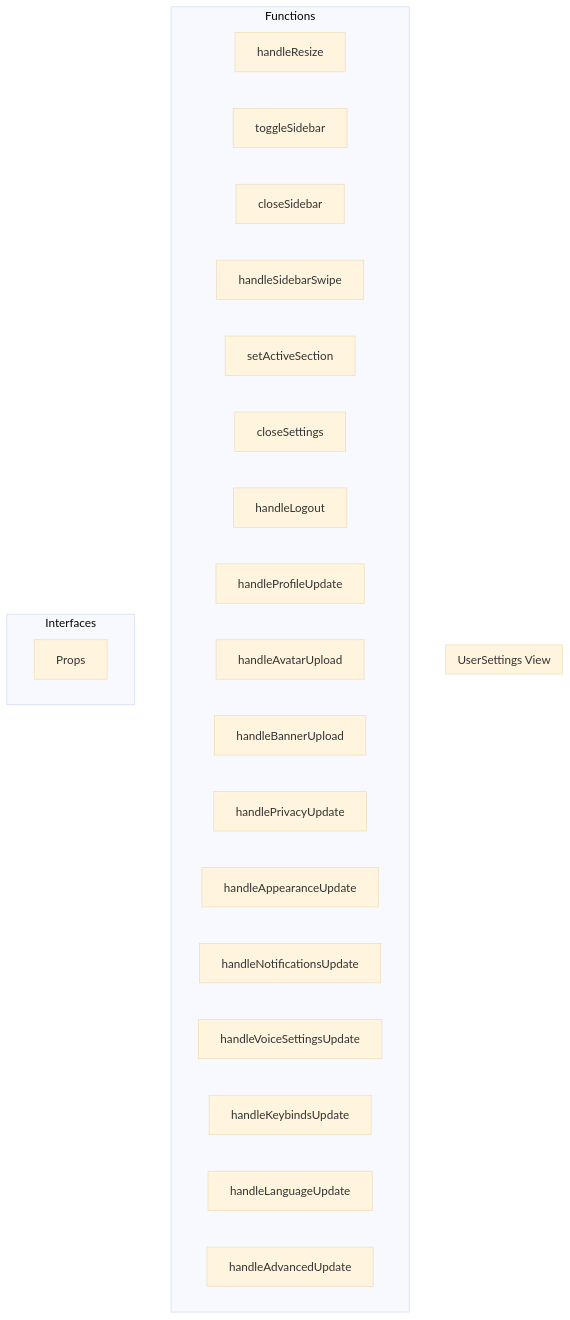
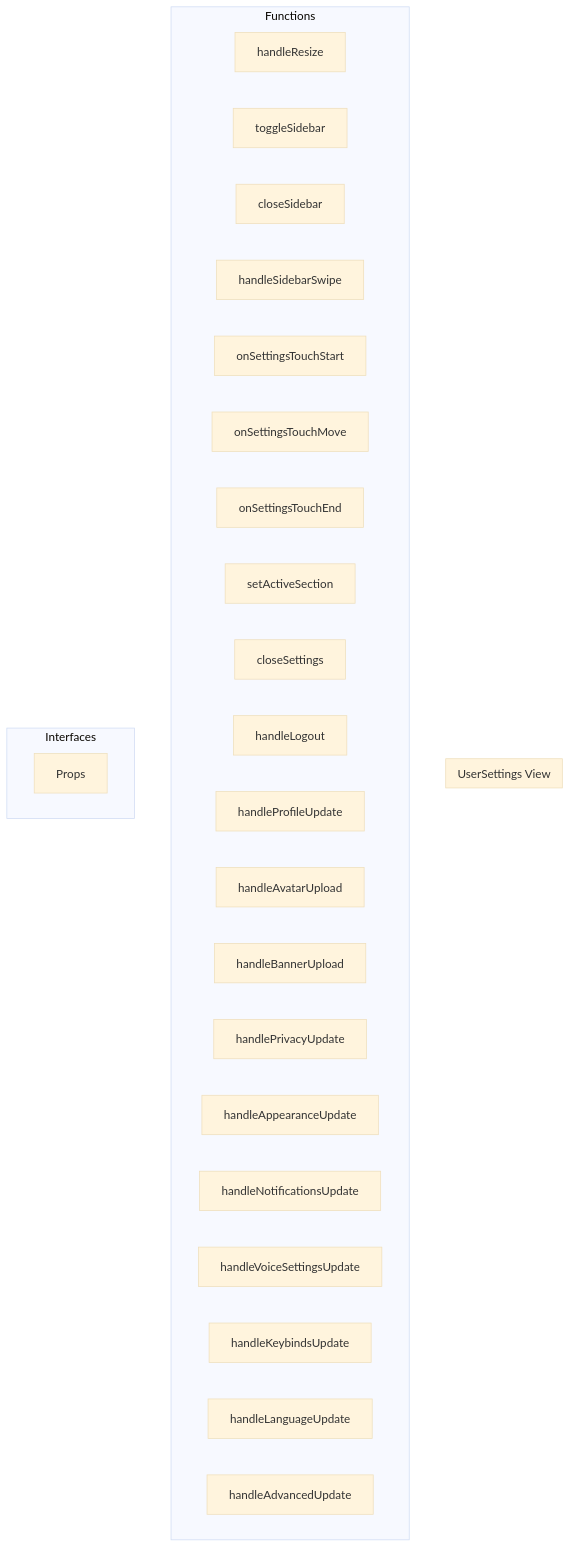
One commit to y4my4my4m/harmony changed the diagram in docs/api/views/usersettings.md. Above: the diagram before and after it, drawn with Mermaid (base theme). The commit also changed other lines of this file and 211 other files, not shown here.

````diff
--- a/docs/api/views/usersettings.md
+++ b/docs/api/views/usersettings.md
@@ -7,29 +7,32 @@
 ```mermaid
 graph TB
     subgraph "UserSettings View"
     end
     
     subgraph "Functions"
         FN_HANDLERESIZE[handleResize]
         FN_TOGGLESIDEBAR[toggleSidebar]
         FN_CLOSESIDEBAR[closeSidebar]
         FN_HANDLESIDEBARSWIPE[handleSidebarSwipe]
+        FN_ONSETTINGSTOUCHSTART[onSettingsTouchStart]
+        FN_ONSETTINGSTOUCHMOVE[onSettingsTouchMove]
+        FN_ONSETTINGSTOUCHEND[onSettingsTouchEnd]
         FN_SETACTIVESECTION[setActiveSection]
         FN_CLOSESETTINGS[closeSettings]
         FN_HANDLELOGOUT[handleLogout]
         FN_HANDLEPROFILEUPDATE[handleProfileUpdate]
         FN_HANDLEAVATARUPLOAD[handleAvatarUpload]
         FN_HANDLEBANNERUPLOAD[handleBannerUpload]
         FN_HANDLEPRIVACYUPDATE[handlePrivacyUpdate]
         FN_HANDLEAPPEARANCEUPDATE[handleAppearanceUpdate]
         FN_HANDLENOTIFICATIONSUPDATE[handleNotificationsUpdate]
         FN_HANDLEVOICESETTINGSUPDATE[handleVoiceSettingsUpdate]
         FN_HANDLEKEYBINDSUPDATE[handleKeybindsUpdate]
         FN_HANDLELANGUAGEUPDATE[handleLanguageUpdate]
         FN_HANDLEADVANCEDUPDATE[handleAdvancedUpdate]
     end
     
     subgraph "Interfaces"
         INT_PROPS[Props]
     end
 ```
````
